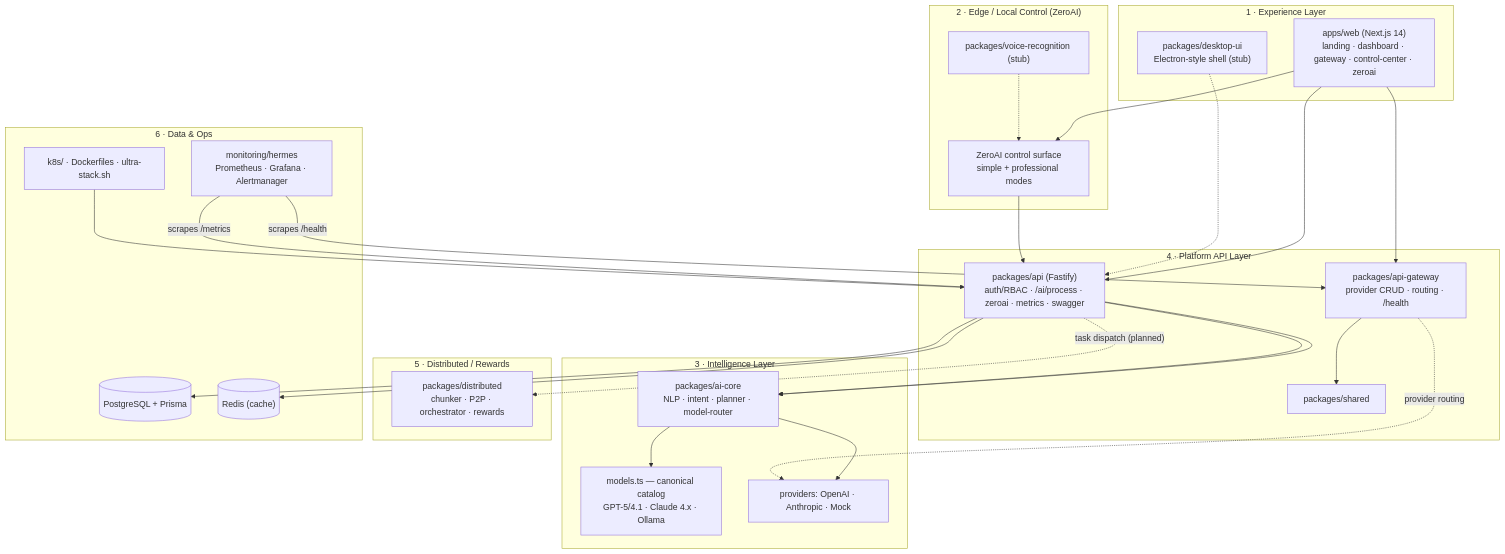
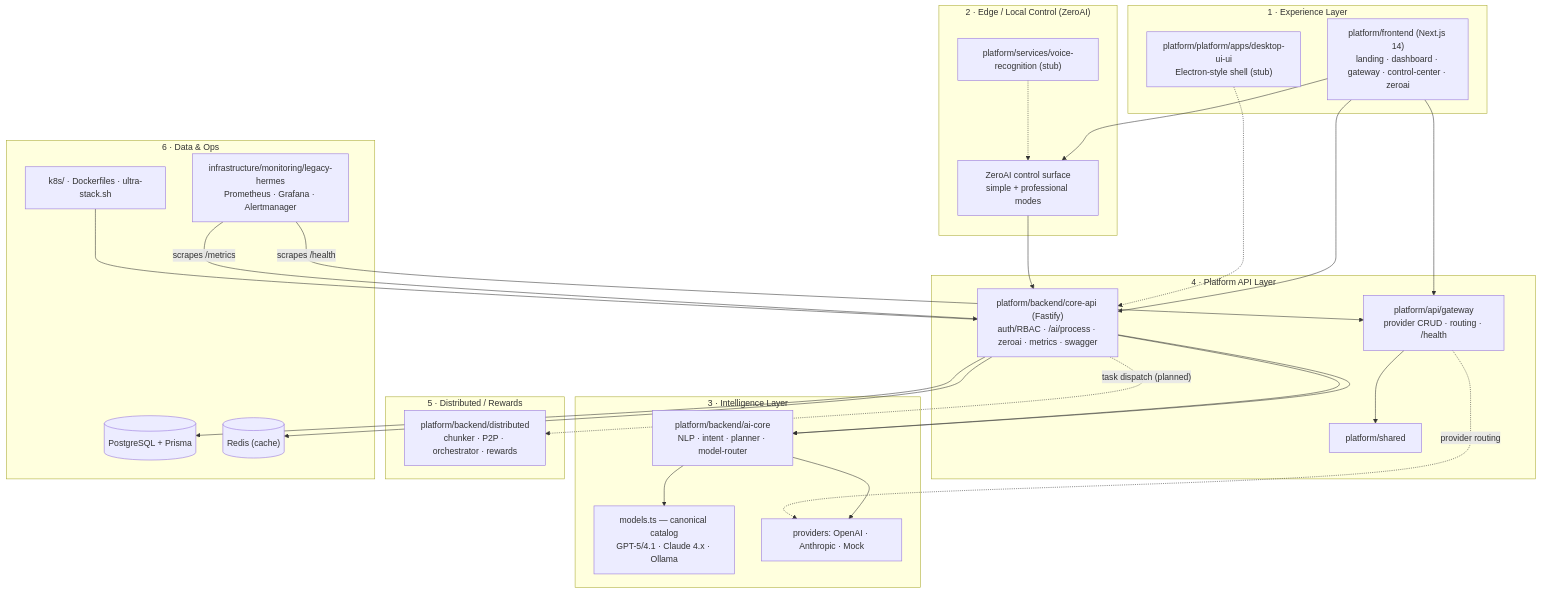
Before and after one commit to Ultra-Cube/Ultra-AI: the diagram in docs/MASTER_ARCHITECTURE.md, drawn with Mermaid. The commit also changed other lines of this file and 182 other files, not shown here.

````diff
--- a/docs/MASTER_ARCHITECTURE.md
+++ b/docs/MASTER_ARCHITECTURE.md
@@ -38,54 +38,54 @@
 ```mermaid
 graph TB
     subgraph L1["1 · Experience Layer"]
-        WEB["apps/web (Next.js 14)<br/>landing · dashboard · gateway · control-center · zeroai"]
-        DESK["packages/desktop-ui<br/>Electron-style shell (stub)"]
+        WEB["platform/frontend (Next.js 14)<br/>landing · dashboard · gateway · control-center · zeroai"]
+        DESK["platform/platform/apps/desktop-ui-ui<br/>Electron-style shell (stub)"]
     end
 
     subgraph L2["2 · Edge / Local Control (ZeroAI)"]
         ZERO["ZeroAI control surface<br/>simple + professional modes"]
-        VOICE["packages/voice-recognition (stub)"]
+        VOICE["platform/services/voice-recognition (stub)"]
     end
 
     subgraph L3["3 · Intelligence Layer"]
-        AICORE["packages/ai-core<br/>NLP · intent · planner · model-router"]
+        AICORE["platform/backend/ai-core<br/>NLP · intent · planner · model-router"]
         CATALOG["models.ts — canonical catalog<br/>GPT-5/4.1 · Claude 4.x · Ollama"]
         PROVS["providers: OpenAI · Anthropic · Mock"]
     end
 
     subgraph L4["4 · Platform API Layer"]
-        API["packages/api (Fastify)<br/>auth/RBAC · /ai/process · zeroai · metrics · swagger"]
-        GW["packages/api-gateway<br/>provider CRUD · routing · /health"]
-        SHARED["packages/shared"]
+        API["platform/backend/core-api (Fastify)<br/>auth/RBAC · /ai/process · zeroai · metrics · swagger"]
+        GW["platform/api/gateway<br/>provider CRUD · routing · /health"]
+        SHARED["platform/shared"]
     end
 
     subgraph L5["5 · Distributed / Rewards"]
-        DIST["packages/distributed<br/>chunker · P2P · orchestrator · rewards"]
+        DIST["platform/backend/distributed<br/>chunker · P2P · orchestrator · rewards"]
     end
 
     subgraph L6["6 · Data & Ops"]
         PG[("PostgreSQL + Prisma")]
         REDIS[("Redis (cache)")]
-        HERMES["monitoring/hermes<br/>Prometheus · Grafana · Alertmanager"]
+        HERMES["infrastructure/monitoring/legacy-hermes<br/>Prometheus · Grafana · Alertmanager"]
         K8S["k8s/ · Dockerfiles · ultra-stack.sh"]
     end
 
     WEB --> API
     WEB --> GW
     WEB --> ZERO
     DESK -.-> API
     ZERO --> API
     VOICE -.-> ZERO
     API --> AICORE
     AICORE --> CATALOG
     AICORE --> PROVS
     GW --> SHARED
     API --> AICORE
     API --> PG
     API --> REDIS
     API -. "task dispatch (planned)" .-> DIST
     GW -. "provider routing" .-> PROVS
     HERMES -- "scrapes /metrics" --> API
     HERMES -- "scrapes /health" --> GW
     K8S --- API
 ```
````
